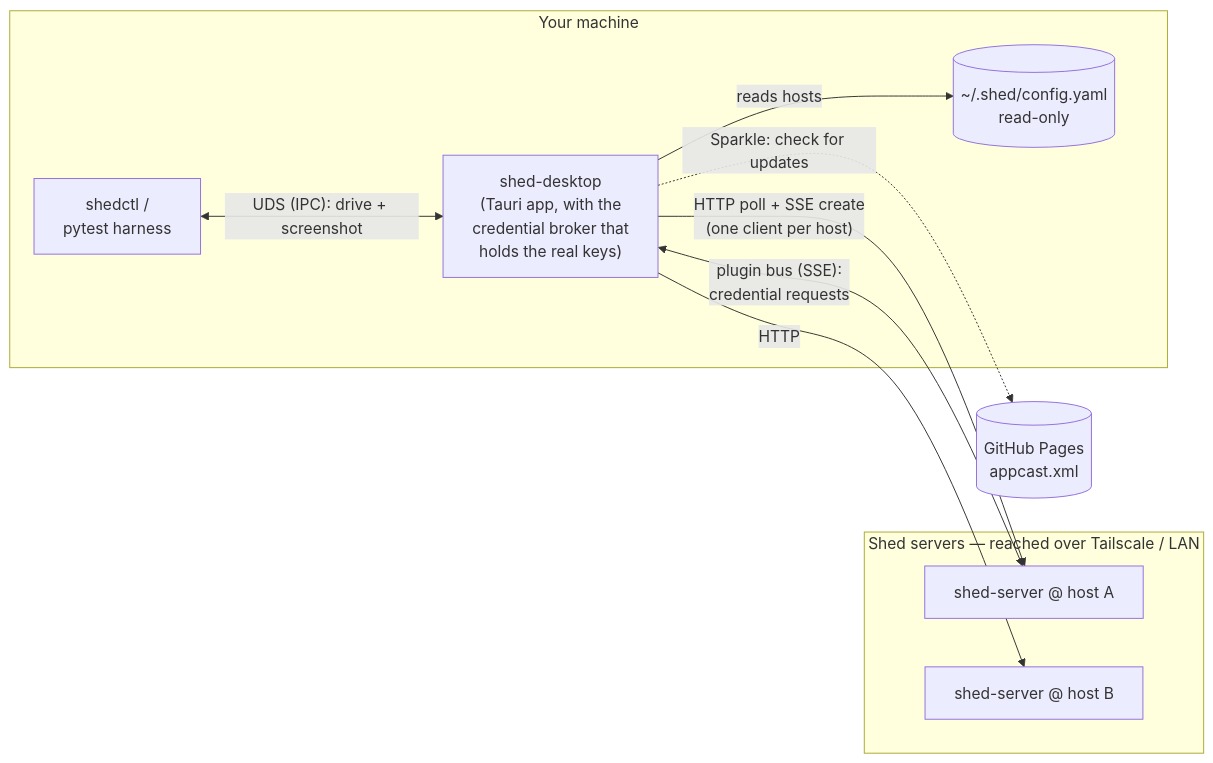
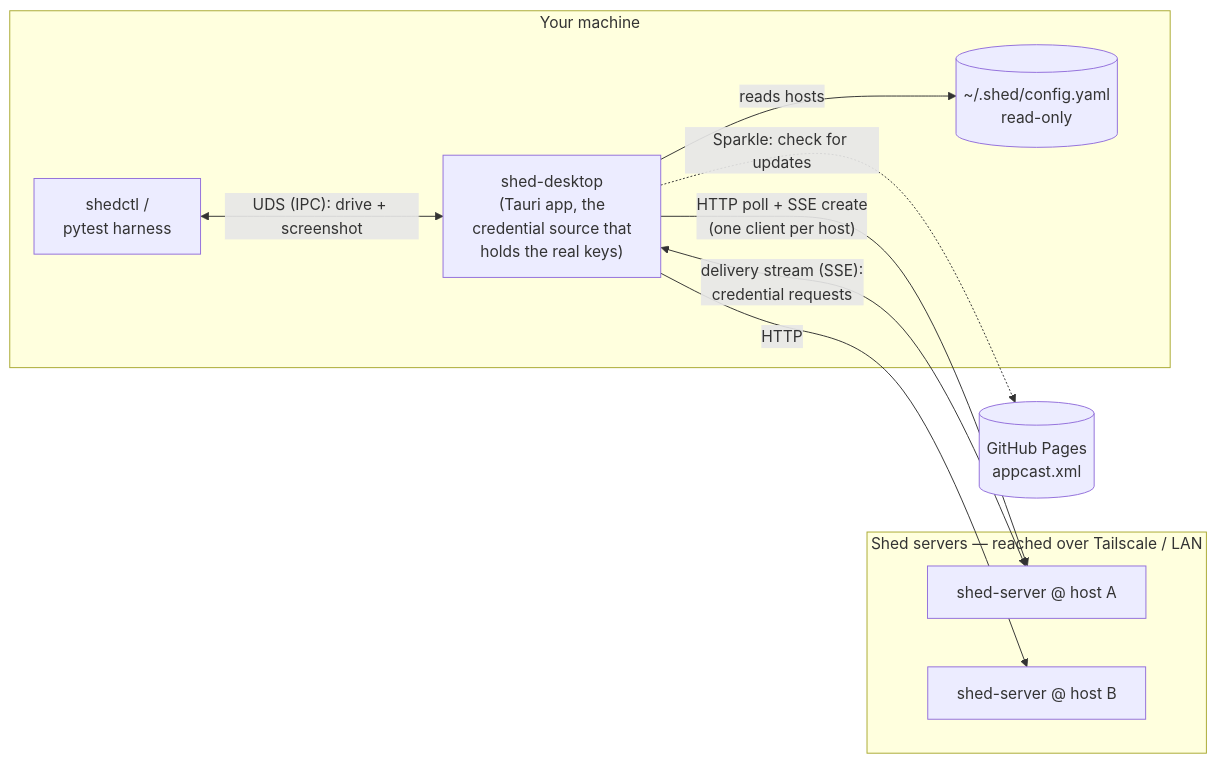
The diagram in docs/desktop/architecture.md (charliek/shed), drawn with Mermaid before and after one commit. The commit also changed other lines of this file and 64 other files, not shown here.

````diff
--- a/docs/desktop/architecture.md
+++ b/docs/desktop/architecture.md
@@ -32,20 +32,20 @@
 ```mermaid
 flowchart LR
     subgraph mac["Your machine"]
-        SD["shed-desktop<br/>(Tauri app, with the<br/>credential broker that<br/>holds the real keys)"]
+        SD["shed-desktop<br/>(Tauri app, the<br/>credential source that<br/>holds the real keys)"]
         CFG[("~/.shed/config.yaml<br/>read-only")]
         CTL["shedctl /<br/>pytest harness"]
     end
     subgraph hosts["Shed servers — reached over Tailscale / LAN"]
         S1["shed-server @ host A"]
         S2["shed-server @ host B"]
     end
     PAGES[("GitHub Pages<br/>appcast.xml")]
 
     SD -->|"HTTP poll + SSE create<br/>(one client per host)"| S1
     SD -->|HTTP| S2
     SD -->|"reads hosts"| CFG
-    SD <-->|"plugin bus (SSE):<br/>credential requests"| S1
+    SD <-->|"delivery stream (SSE):<br/>credential requests"| S1
     CTL <-->|"UDS (IPC): drive + screenshot"| SD
     SD -.->|"Sparkle: check for updates"| PAGES
 ```
````
